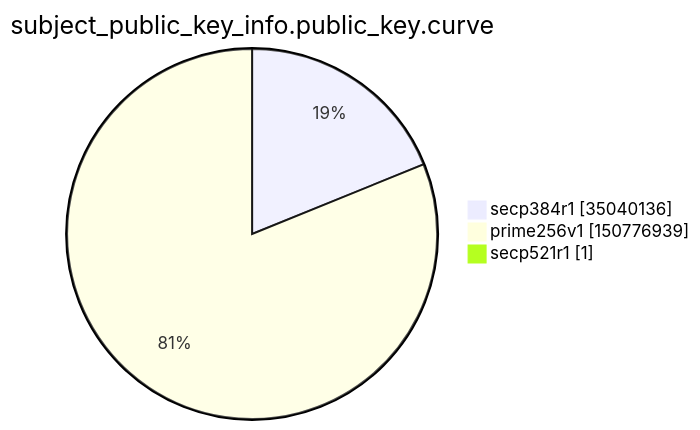
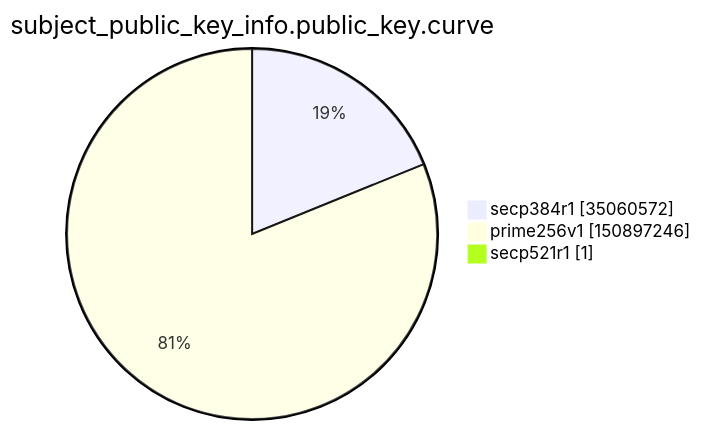
Before and after one commit to christiankrug/ctmonitor_visualization: the ninth of 15 diagrams in argon2022/README.md, drawn with Mermaid. The commit also changed other lines of this file, not shown here.

````diff
--- a/argon2022/README.md
+++ b/argon2022/README.md
@@ -2765,7 +2765,7 @@
 ```mermaid
 pie showData
 title subject_public_key_info.public_key.curve
-"secp384r1" :35040136
-"prime256v1" :150776939
+"secp384r1" :35060572
+"prime256v1" :150897246
 "secp521r1" :1
 ```
````
